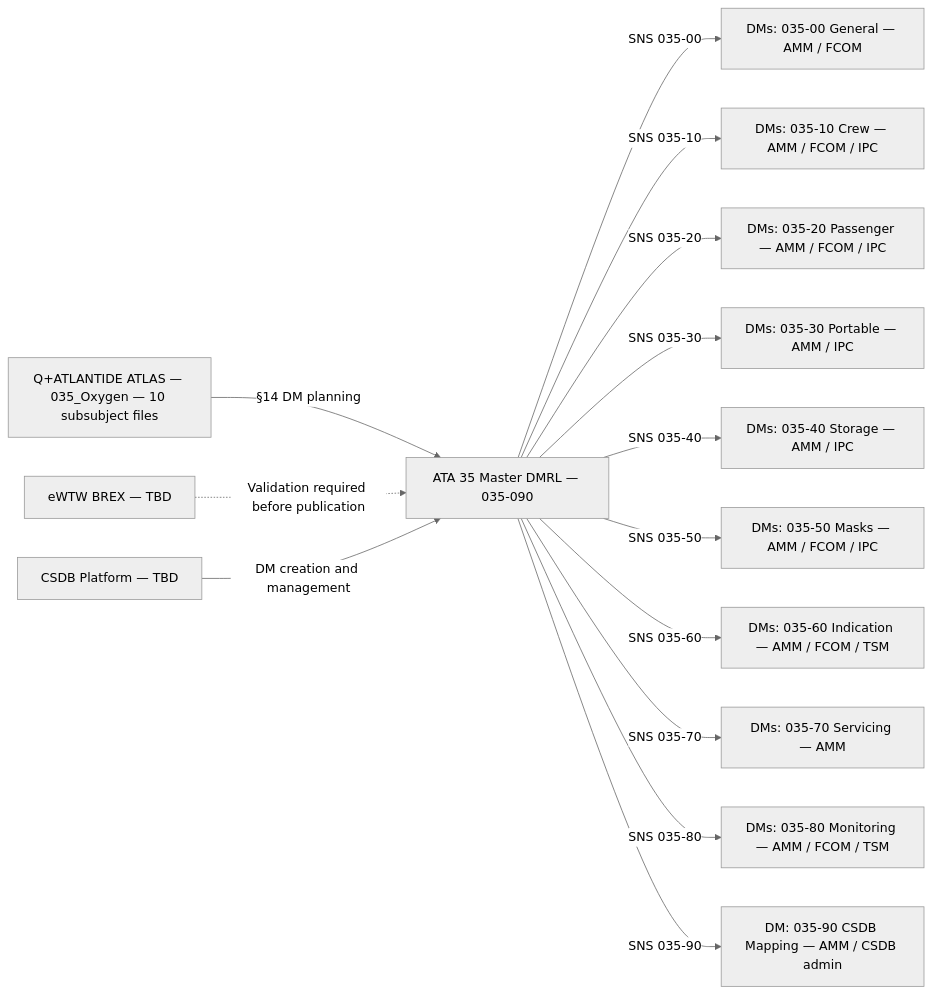
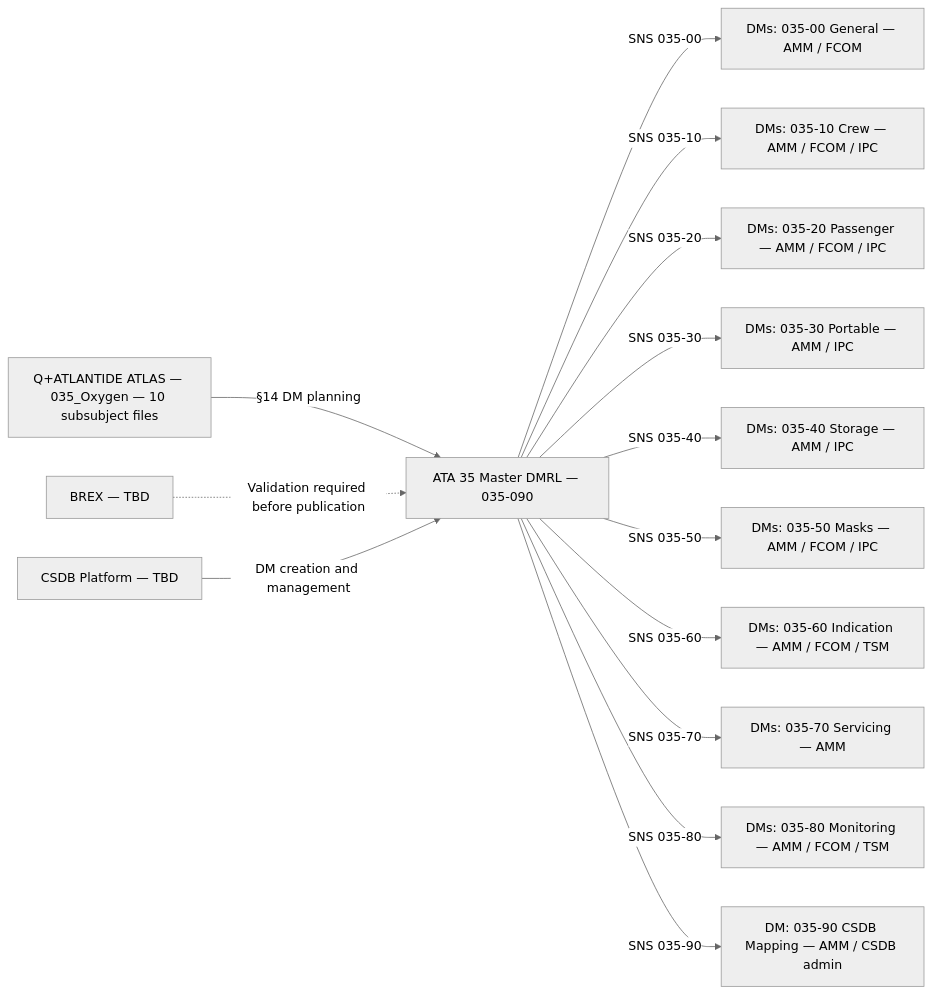
One commit to AmedeoPelliccia/Qplus-For-All-Queer-People-and-Quantum changed the first of 3 diagrams in Q+ATLANTIDE/000-099_ATLAS/030-039_Proteccion-y-Sistemas-Mecanicos/035_Oxygen/035-090-S1000D-CSDB-Mapping-and-Traceability.md. Above: the diagram before and after it, drawn with Mermaid (neutral theme). The commit also changed other lines of this file and 51 other files, not shown here.

````diff
--- a/Q+ATLANTIDE/000-099_ATLAS/030-039_Proteccion-y-Sistemas-Mecanicos/035_Oxygen/035-090-S1000D-CSDB-Mapping-and-Traceability.md
+++ b/Q+ATLANTIDE/000-099_ATLAS/030-039_Proteccion-y-Sistemas-Mecanicos/035_Oxygen/035-090-S1000D-CSDB-Mapping-and-Traceability.md
@@ -260,16 +261,16 @@
 ```mermaid
 flowchart LR
     ATLAS035[Q+ATLANTIDE ATLAS — 035_Oxygen — 10 subsubject files] -->|§14 DM planning| DMRL[ATA 35 Master DMRL — 035-090]
     DMRL -->|SNS 035-00| AMM00[DMs: 035-00 General — AMM / FCOM]
     DMRL -->|SNS 035-10| AMM10[DMs: 035-10 Crew — AMM / FCOM / IPC]
     DMRL -->|SNS 035-20| AMM20[DMs: 035-20 Passenger — AMM / FCOM / IPC]
     DMRL -->|SNS 035-30| AMM30[DMs: 035-30 Portable — AMM / IPC]
     DMRL -->|SNS 035-40| AMM40[DMs: 035-40 Storage — AMM / IPC]
     DMRL -->|SNS 035-50| AMM50[DMs: 035-50 Masks — AMM / FCOM / IPC]
     DMRL -->|SNS 035-60| AMM60[DMs: 035-60 Indication — AMM / FCOM / TSM]
     DMRL -->|SNS 035-70| AMM70[DMs: 035-70 Servicing — AMM]
     DMRL -->|SNS 035-80| AMM80[DMs: 035-80 Monitoring — AMM / FCOM / TSM]
     DMRL -->|SNS 035-90| ADMINDM[DM: 035-90 CSDB Mapping — AMM / CSDB admin]
-    BREX[eWTW BREX — TBD] -.->|Validation required before publication| DMRL
+    BREX[<PROGRAMME-SHORT> BREX — TBD] -.->|Validation required before publication| DMRL
     CSDB[CSDB Platform — TBD] -->|DM creation and management| DMRL
 ```
````
